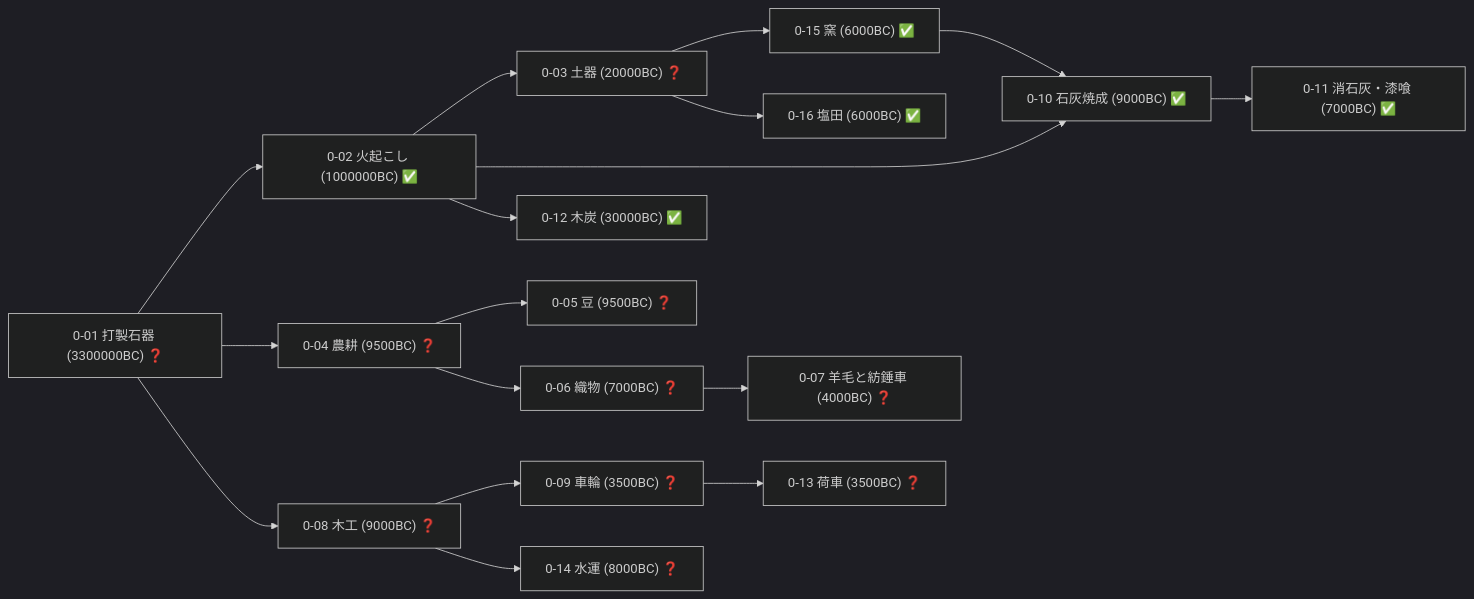
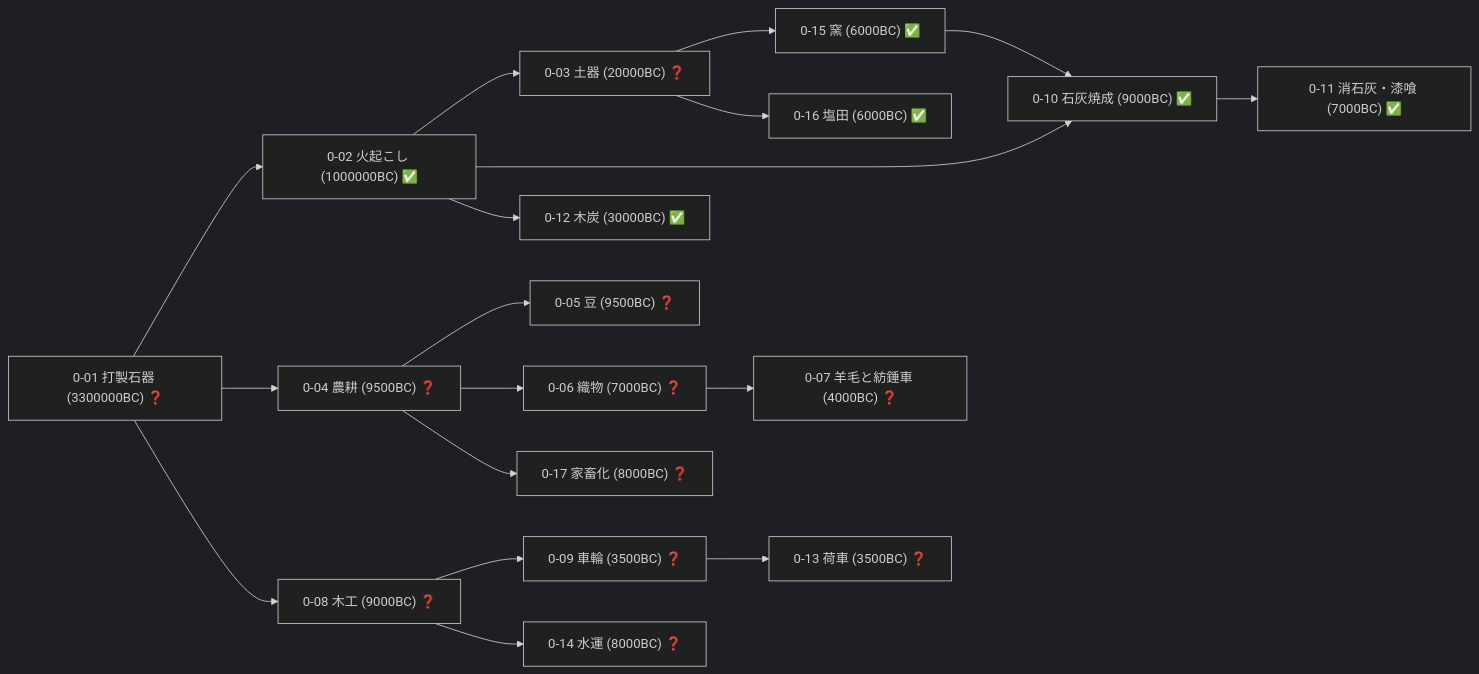
Before and after one commit to taku3i0317-collab/semiconductor-lab: the third of 19 diagrams in docs/TECH_TREE_VIEW.md, drawn with Mermaid (dark theme). The commit also changed other lines of this file and 6 other files, not shown here.

````diff
--- a/docs/TECH_TREE_VIEW.md
+++ b/docs/TECH_TREE_VIEW.md
@@ -136,35 +144,37 @@
 ```mermaid
 graph LR
   n0_01["0-01 打製石器 (3300000BC) ❓"]
   n0_02["0-02 火起こし (1000000BC) ✅"]
   n0_03["0-03 土器 (20000BC) ❓"]
   n0_04["0-04 農耕 (9500BC) ❓"]
   n0_05["0-05 豆 (9500BC) ❓"]
   n0_06["0-06 織物 (7000BC) ❓"]
   n0_07["0-07 羊毛と紡錘車 (4000BC) ❓"]
   n0_08["0-08 木工 (9000BC) ❓"]
   n0_09["0-09 車輪 (3500BC) ❓"]
   n0_10["0-10 石灰焼成 (9000BC) ✅"]
   n0_11["0-11 消石灰・漆喰 (7000BC) ✅"]
   n0_12["0-12 木炭 (30000BC) ✅"]
   n0_13["0-13 荷車 (3500BC) ❓"]
   n0_14["0-14 水運 (8000BC) ❓"]
   n0_15["0-15 窯 (6000BC) ✅"]
   n0_16["0-16 塩田 (6000BC) ✅"]
+  n0_17["0-17 家畜化 (8000BC) ❓"]
   n0_01-->n0_02
   n0_02-->n0_03
   n0_01-->n0_04
   n0_04-->n0_05
   n0_04-->n0_06
   n0_06-->n0_07
   n0_01-->n0_08
   n0_08-->n0_09
   n0_02-->n0_10
   n0_15-->n0_10
   n0_10-->n0_11
   n0_02-->n0_12
   n0_09-->n0_13
   n0_08-->n0_14
   n0_03-->n0_15
   n0_03-->n0_16
+  n0_04-->n0_17
 ```
````
